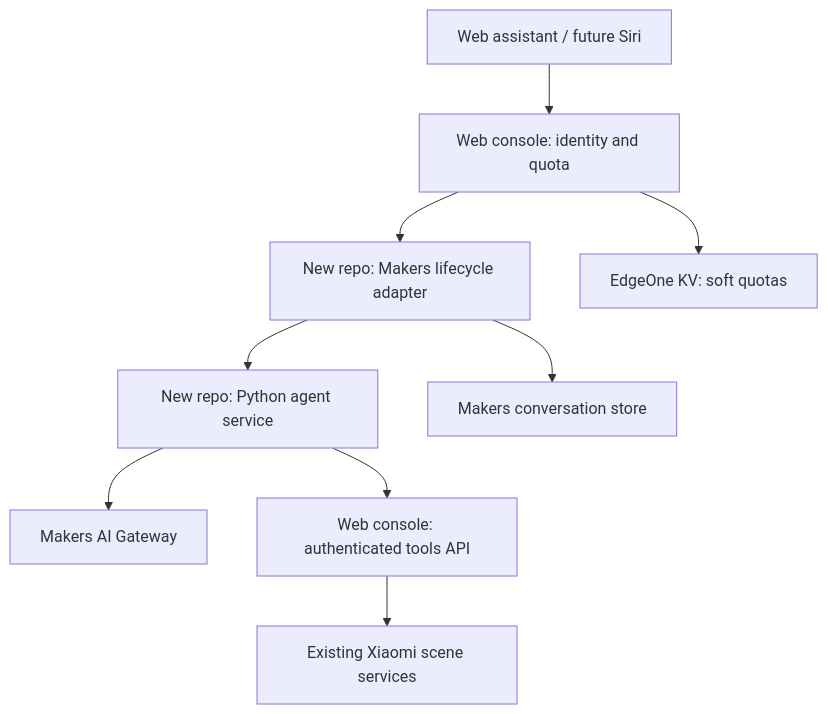
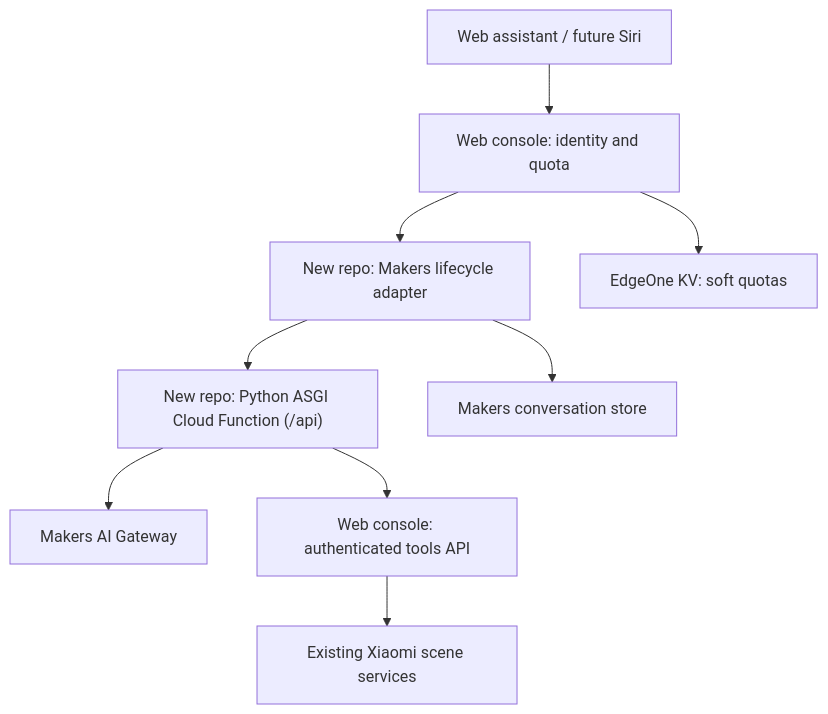
One commit to zhangys10/mijia-agent changed the diagram in docs/architecture.md. Above: the diagram before and after it, drawn with Mermaid. The commit also changed other lines of this file and 15 other files, not shown here.

Commit message:
feat: deploy Python ASGI on EdgeOne Cloud Functions

````diff
--- a/docs/architecture.md
+++ b/docs/architecture.md
@@ -5,11 +5,11 @@
 ```mermaid
 flowchart TD
     Web["Web assistant / future Siri"] --> Console["Web console: identity and quota"]
     Console --> Makers["New repo: Makers lifecycle adapter"]
-    Makers --> Python["New repo: Python agent service"]
+    Makers --> Python["New repo: Python ASGI Cloud Function (/api)"]
     Python --> Gateway["Makers AI Gateway"]
     Python --> Tools["Web console: authenticated tools API"]
     Tools --> Xiaomi["Existing Xiaomi scene services"]
     Console --> KV["EdgeOne KV: soft quotas"]
     Makers --> Store["Makers conversation store"]
 ```
````
